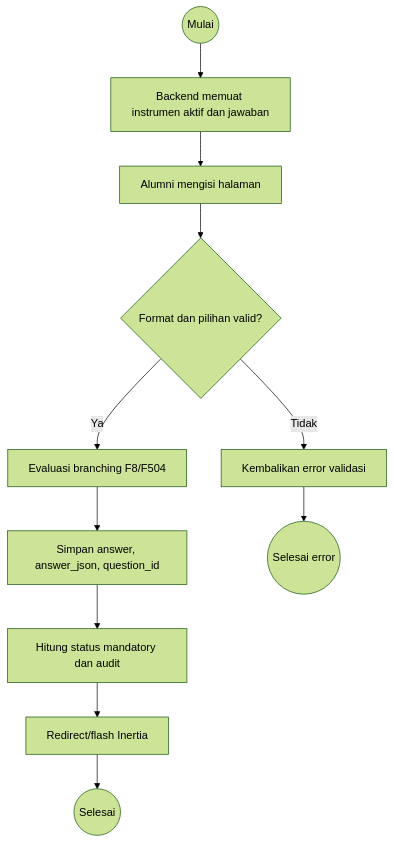
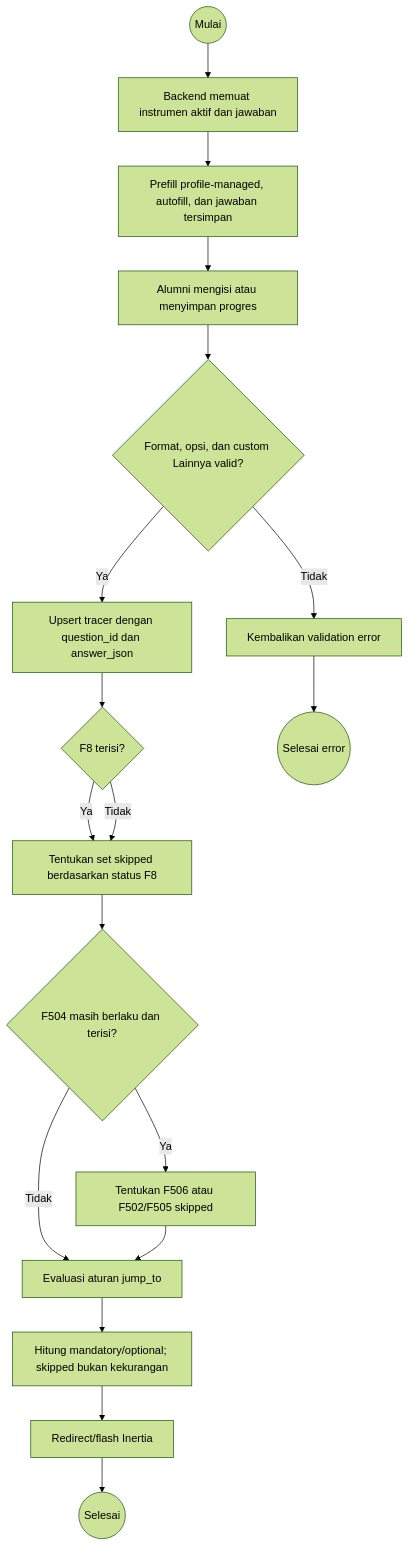
Before and after one commit to claraanjelitakd/tugas-akhir: the third of 7 diagrams in docs/activitydiagram.md, drawn with Mermaid (forest theme). The commit also changed other lines of this file and 83 other files, not shown here.

Commit message:
Audit and simplify alumni profile data

```diff
--- a/docs/activitydiagram.md
+++ b/docs/activitydiagram.md
@@ -205,13 +256,20 @@
 ~~~mermaid
 flowchart TD
   A((Mulai)) --> L[Backend memuat instrumen aktif dan jawaban]
-  L --> U[Alumni mengisi halaman]
-  U --> V{Format dan pilihan valid?}
-  V -- Tidak --> E[Kembalikan error validasi]
-  V -- Ya --> B[Evaluasi branching F8/F504]
-  B --> S[Simpan answer, answer_json, question_id]
-  S --> C[Hitung status mandatory dan audit]
+  L --> P[Prefill profile-managed, autofill, dan jawaban tersimpan]
+  P --> U[Alumni mengisi atau menyimpan progres]
+  U --> V{Format, opsi, dan custom Lainnya valid?}
+  V -- Tidak --> E[Kembalikan validation error]
+  V -- Ya --> S[Upsert tracer dengan question_id dan answer_json]
+  S --> F8{F8 terisi?}
+  F8 -- Ya --> B8[Tentukan set skipped berdasarkan status F8]
+  F8 -- Tidak --> B8
+  B8 --> F504{F504 masih berlaku dan terisi?}
+  F504 -- Ya --> B504[Tentukan F506 atau F502/F505 skipped]
+  F504 -- Tidak --> J[Evaluasi aturan jump_to]
+  B504 --> J
+  J --> C[Hitung mandatory/optional; skipped bukan kekurangan]
   C --> R[Redirect/flash Inertia]
   E --> X((Selesai error))
   R --> Y((Selesai))
 ~~~
```
